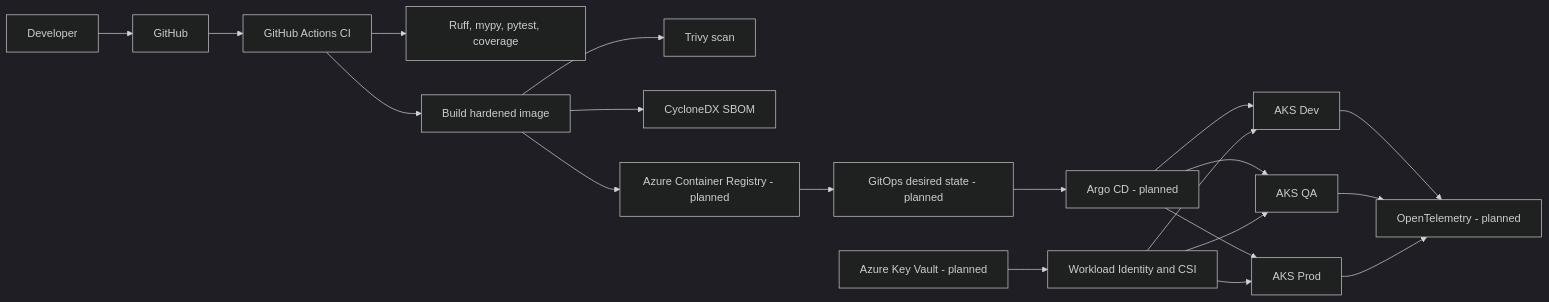
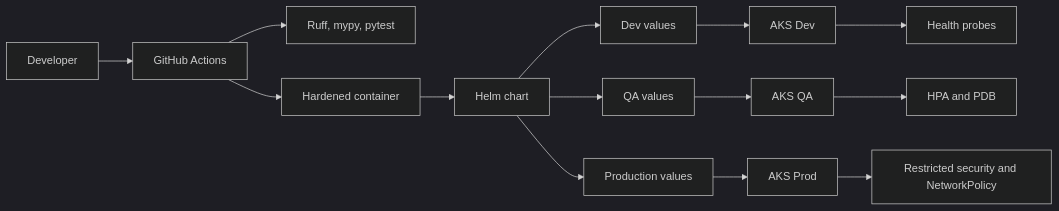
One commit to harshilamin/enterprise-aks-gitops-platform changed the diagram in README.md. Above: the diagram before and after it, drawn with Mermaid (dark theme). The commit also changed other lines of this file and 40 other files, not shown here.

Commit message:
feat: add reusable Helm chart and Kubernetes controls

````diff
--- a/README.md
+++ b/README.md
@@ -51,26 +45,18 @@
 ```mermaid
 flowchart LR
-    Developer[Developer] --> GitHub[GitHub]
-    GitHub --> CI[GitHub Actions CI]
+    Developer --> CI[GitHub Actions]
+    CI --> Quality[Ruff, mypy, pytest]
+    CI --> Image[Hardened container]
+    Image --> Chart[Helm chart]
+    Chart --> Dev[Dev values]
+    Chart --> QA[QA values]
+    Chart --> Prod[Production values]
 
-    CI --> Quality[Ruff, mypy, pytest, coverage]
-    CI --> Build[Build hardened image]
-    Build --> Scan[Trivy scan]
-    Build --> SBOM[CycloneDX SBOM]
-    Build --> ACR[Azure Container Registry - planned]
+    Dev --> AKSDev[AKS Dev]
+    QA --> AKSQA[AKS QA]
+    Prod --> AKSProd[AKS Prod]
 
-    ACR --> GitOps[GitOps desired state - planned]
-    GitOps --> Argo[Argo CD - planned]
-    Argo --> Dev[AKS Dev]
-    Argo --> QA[AKS QA]
-    Argo --> Prod[AKS Prod]
-
-    KeyVault[Azure Key Vault - planned] --> Identity[Workload Identity and CSI]
-    Identity --> Dev
-    Identity --> QA
-    Identity --> Prod
-
-    Dev --> OTel[OpenTelemetry - planned]
-    QA --> OTel
-    Prod --> OTel
+    AKSDev --> Probes[Health probes]
+    AKSQA --> Scale[HPA and PDB]
+    AKSProd --> Security[Restricted security and NetworkPolicy]
 ```
````
